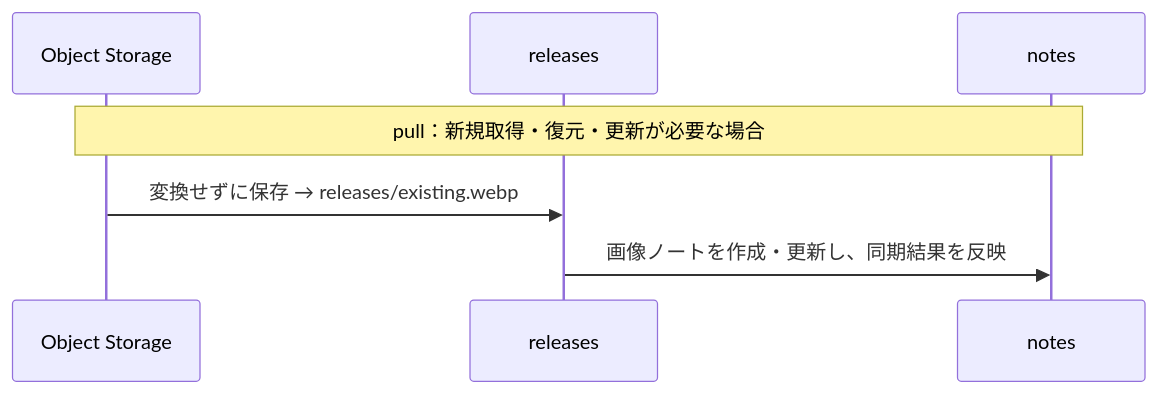
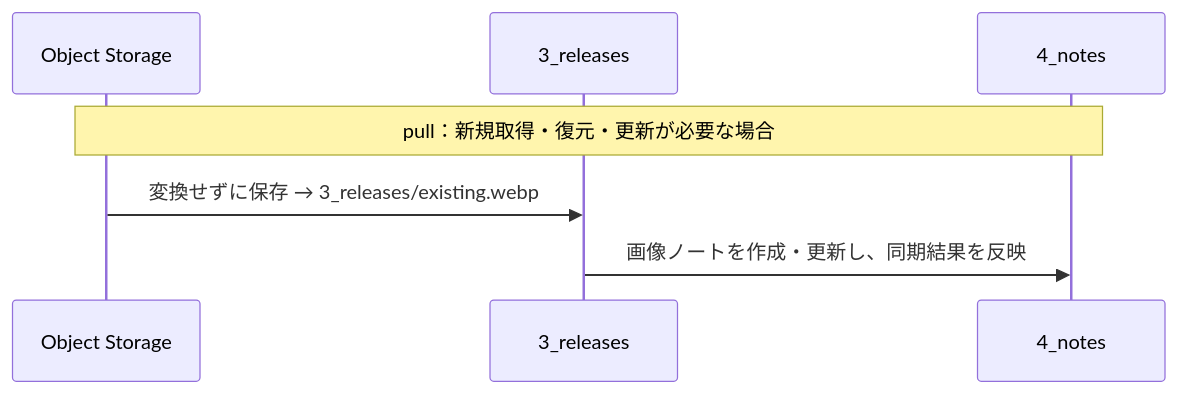
The second of 6 diagrams in README.md (tuckn/tkn_object_storage_catalog), drawn with Mermaid before and after one commit. The commit also changed other lines of this file and 20 other files, not shown here.

````diff
--- a/README.md
+++ b/README.md
@@ -881,10 +924,10 @@
 ```mermaid
 sequenceDiagram
     participant Cloud as Object Storage
-    participant Releases as releases
-    participant Notes as notes
+    participant Releases as 3_releases
+    participant Notes as 4_notes
 
     Note over Cloud,Notes: pull：新規取得・復元・更新が必要な場合
-    Cloud->>Releases: 変換せずに保存 → releases/existing.webp
+    Cloud->>Releases: 変換せずに保存 → 3_releases/existing.webp
     Releases->>Notes: 画像ノートを作成・更新し、同期結果を反映
 ```
````
